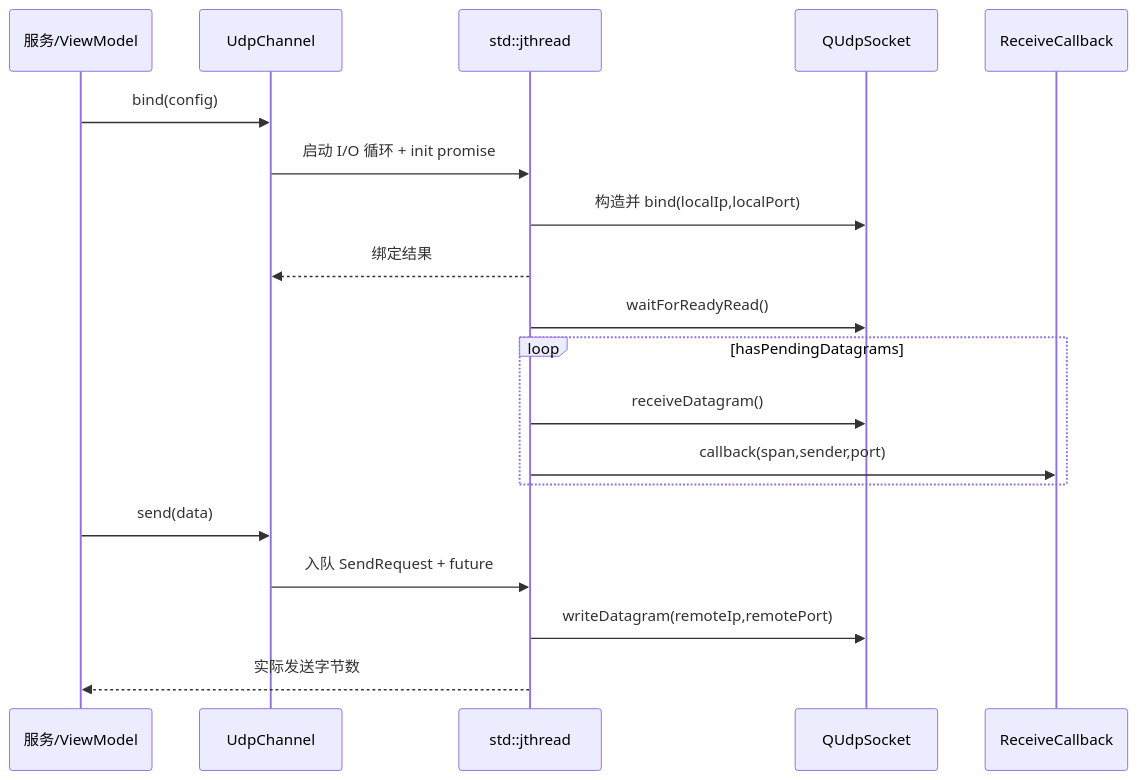
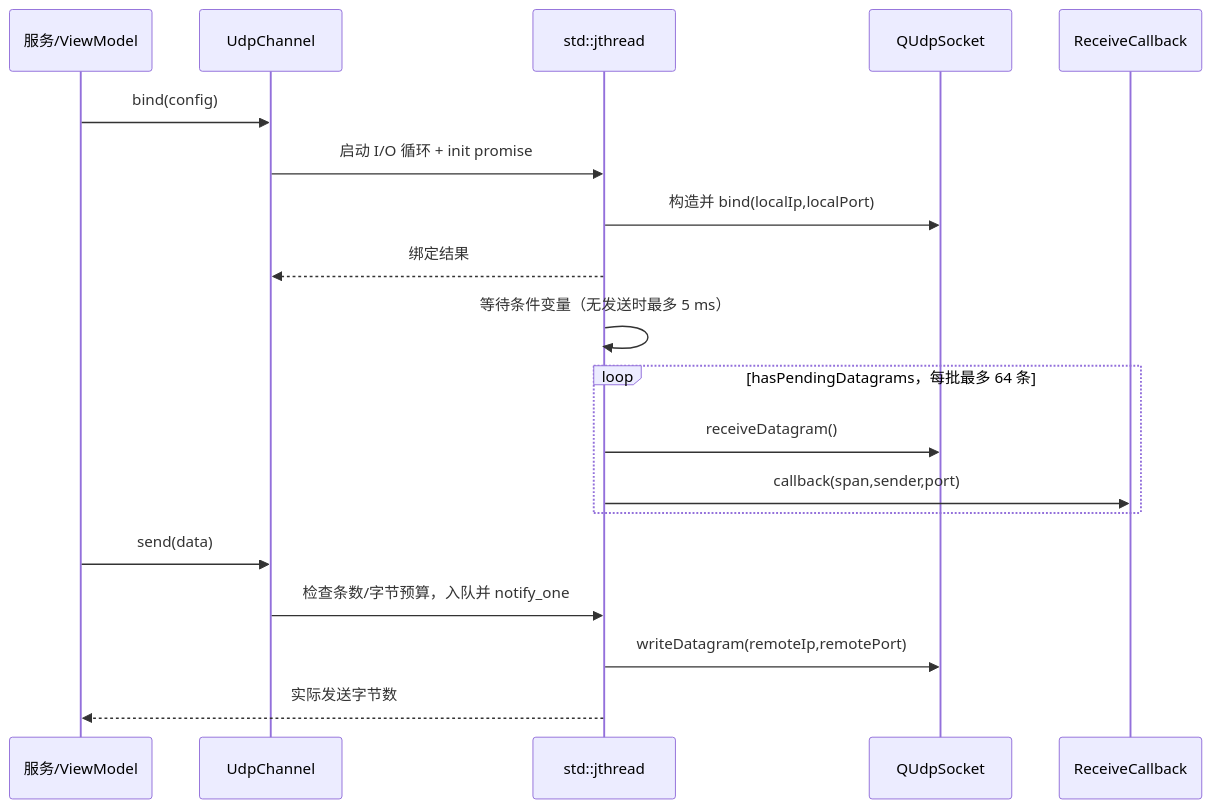
One commit to with-fair-wind/1mZGG changed the third of 6 diagrams in docs/module-network.md. Above: the diagram before and after it, drawn with Mermaid. The commit also changed other lines of this file and 116 other files, not shown here.

````diff
--- a/docs/module-network.md
+++ b/docs/module-network.md
@@ -198,22 +198,22 @@
 ```mermaid
 sequenceDiagram
     participant Caller as 服务/ViewModel
     participant Channel as UdpChannel
     participant Worker as std::jthread
     participant Socket as QUdpSocket
     participant Callback as ReceiveCallback
 
     Caller->>Channel: bind(config)
     Channel->>Worker: 启动 I/O 循环 + init promise
     Worker->>Socket: 构造并 bind(localIp,localPort)
     Worker-->>Channel: 绑定结果
-    Worker->>Socket: waitForReadyRead()
-    loop hasPendingDatagrams
+    Worker->>Worker: 等待条件变量（无发送时最多 5 ms）
+    loop hasPendingDatagrams，每批最多 64 条
         Worker->>Socket: receiveDatagram()
         Worker->>Callback: callback(span,sender,port)
     end
     Caller->>Channel: send(data)
-    Channel->>Worker: 入队 SendRequest + future
+    Channel->>Worker: 检查条数/字节预算，入队并 notify_one
     Worker->>Socket: writeDatagram(remoteIp,remotePort)
     Worker-->>Caller: 实际发送字节数
 ```
````
